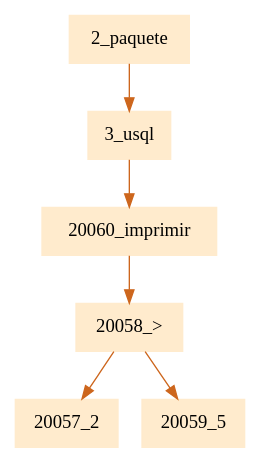
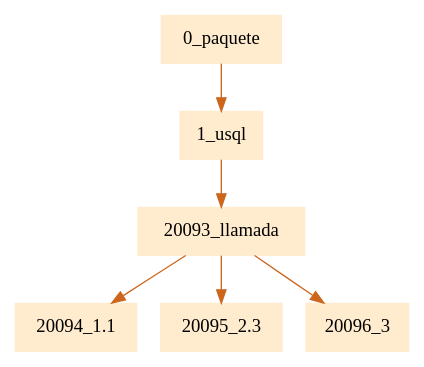
One commit to JamesMelgar/compi2javaccpr1 changed the diagram in pr1Compilarodores2/paquete.dot. Above: the diagram before and after it, drawn with Graphviz. The commit also changed 19 other files, not shown here.

```diff
--- a/pr1Compilarodores2/paquete.dot
+++ b/pr1Compilarodores2/paquete.dot
@@ -1,5 +1,5 @@
 digraph G {node[shape=box, style=filled, color=blanchedalmond]; edge[color=chocolate3];rankdir=UD 
 
-"2_paquete"->"3_usql""3_usql"->"20060_imprimir""20060_imprimir"->"20058_>""20058_>"->"20057_2""20058_>"->"20059_5"
+"0_paquete"->"1_usql""1_usql"->"20093_llamada""20093_llamada"->"20094_1.1""20093_llamada"->"20095_2.3""20093_llamada"->"20096_3"
 
 }
```
